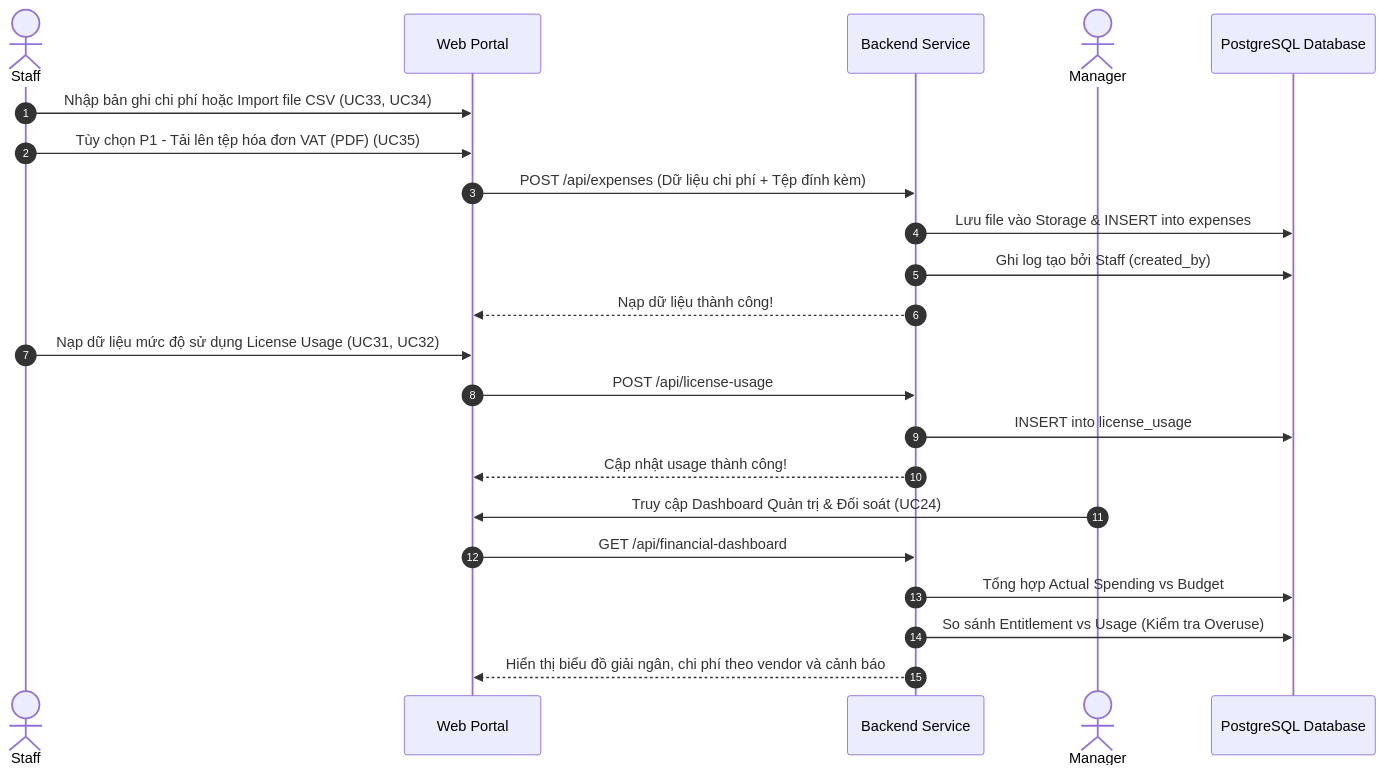
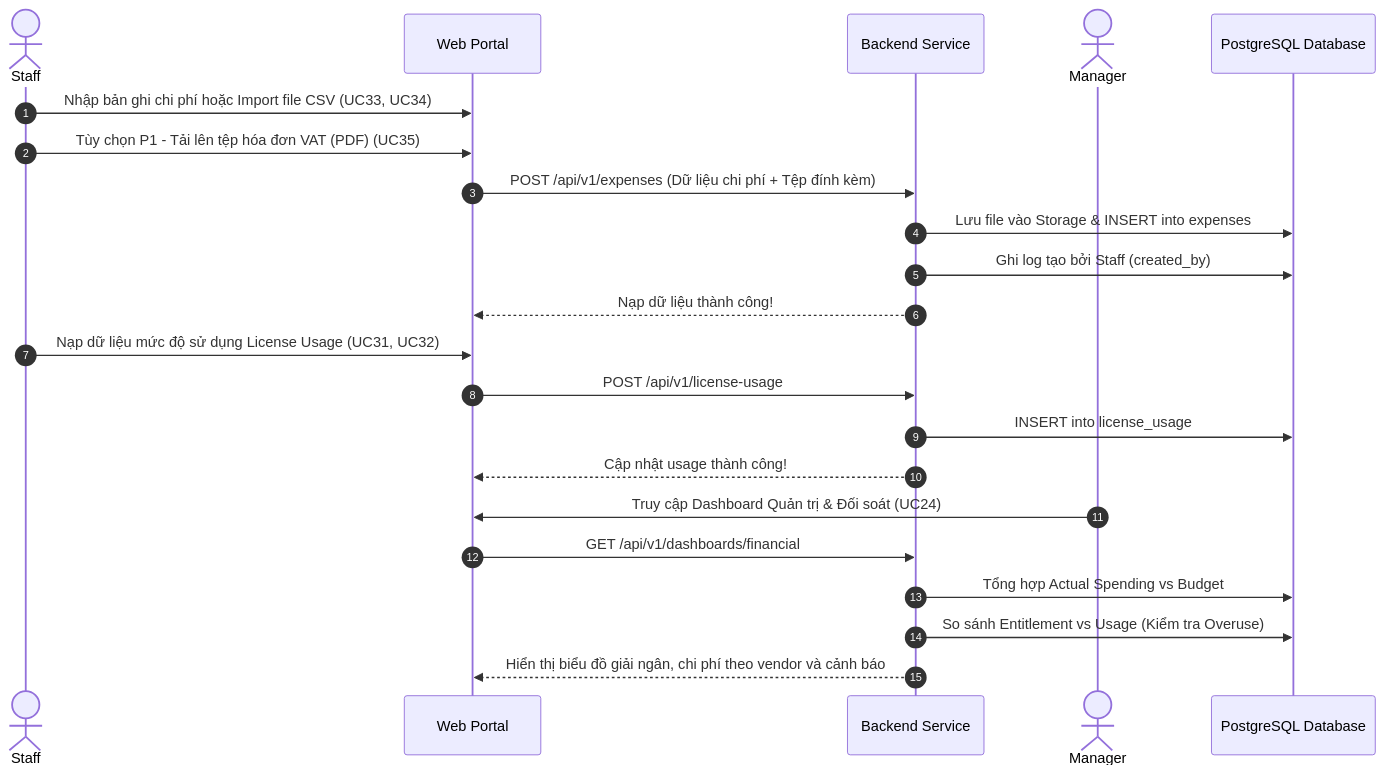
One commit to cuonglpv/VFast changed the third of 3 diagrams in docs/02-use-cases.md. Above: the diagram before and after it, drawn with Mermaid. The commit also changed other lines of this file and 3 other files, not shown here.

````diff
--- a/docs/02-use-cases.md
+++ b/docs/02-use-cases.md
@@ -192,27 +192,27 @@
 ```mermaid
 sequenceDiagram
     autonumber
     actor Stf as Staff
     participant UI as Web Portal
     participant API as Backend Service
     actor Mgr as Manager
     participant DB as PostgreSQL Database
 
     Stf->>UI: Nhập bản ghi chi phí hoặc Import file CSV (UC33, UC34)
     Stf->>UI: Tùy chọn P1 - Tải lên tệp hóa đơn VAT (PDF) (UC35)
-    UI->>API: POST /api/expenses (Dữ liệu chi phí + Tệp đính kèm)
+    UI->>API: POST /api/v1/expenses (Dữ liệu chi phí + Tệp đính kèm)
     API->>DB: Lưu file vào Storage & INSERT into expenses
     API->>DB: Ghi log tạo bởi Staff (created_by)
     API-->>UI: Nạp dữ liệu thành công!
 
     Stf->>UI: Nạp dữ liệu mức độ sử dụng License Usage (UC31, UC32)
-    UI->>API: POST /api/license-usage
+    UI->>API: POST /api/v1/license-usage
     API->>DB: INSERT into license_usage
     API-->>UI: Cập nhật usage thành công!
 
     Mgr->>UI: Truy cập Dashboard Quản trị & Đối soát (UC24)
-    UI->>API: GET /api/financial-dashboard
+    UI->>API: GET /api/v1/dashboards/financial
     API->>DB: Tổng hợp Actual Spending vs Budget
     API->>DB: So sánh Entitlement vs Usage (Kiểm tra Overuse)
     API-->>UI: Hiển thị biểu đồ giải ngân, chi phí theo vendor và cảnh báo
 ```
````
